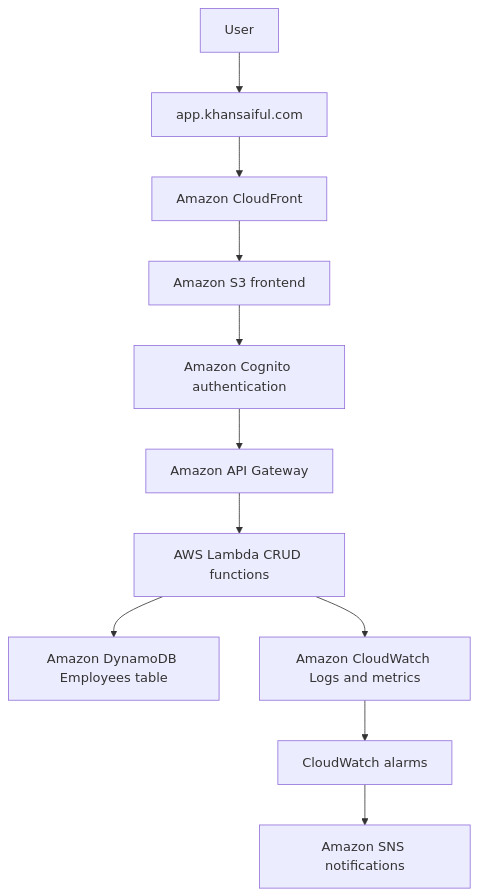
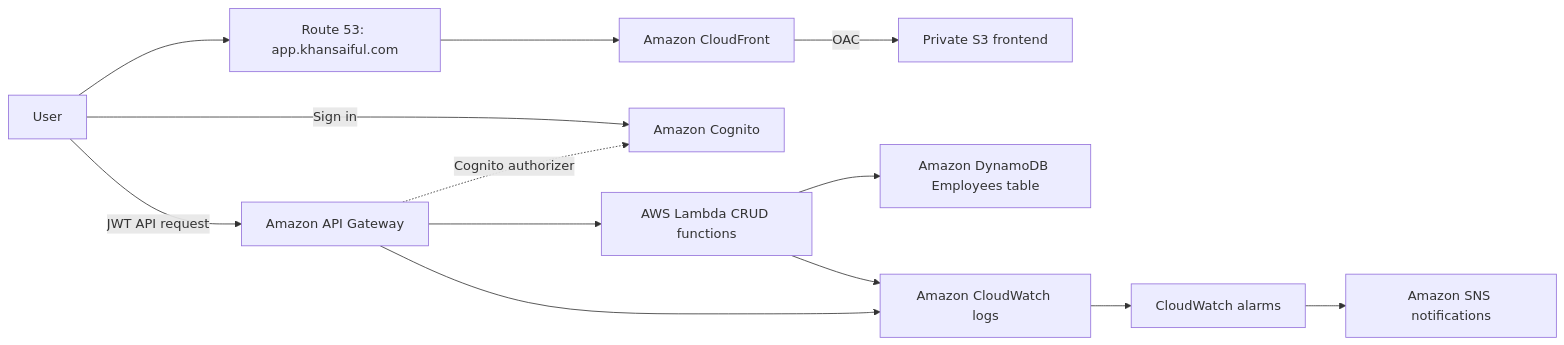
Before and after one commit to Saifulrubkhan/aws_employee_management_project: the diagram in backend/README.md, drawn with Mermaid. The commit also changed other lines of this file and 3 other files, not shown here.

Commit message:
Add AWS architecture diagram

````diff
--- a/backend/README.md
+++ b/backend/README.md
@@ -7,13 +9,15 @@
 ```mermaid
-flowchart TD
-    User[User] --> Domain[app.khansaiful.com]
+flowchart LR
+    User[User] --> Domain[Route 53: app.khansaiful.com]
     Domain --> CloudFront[Amazon CloudFront]
-    CloudFront --> S3[Amazon S3 frontend]
-    S3 --> Cognito[Amazon Cognito authentication]
-    Cognito --> APIGateway[Amazon API Gateway]
+    CloudFront -->|OAC| S3[Private S3 frontend]
+    User -->|Sign in| Cognito[Amazon Cognito]
+    User -->|JWT API request| APIGateway[Amazon API Gateway]
+    APIGateway -. Cognito authorizer .-> Cognito
     APIGateway --> Lambda[AWS Lambda CRUD functions]
     Lambda --> DynamoDB[Amazon DynamoDB Employees table]
-    Lambda --> CloudWatch[Amazon CloudWatch Logs and metrics]
+    Lambda --> CloudWatch[Amazon CloudWatch logs]
+    APIGateway --> CloudWatch
     CloudWatch --> Alarms[CloudWatch alarms]
     Alarms --> SNS[Amazon SNS notifications]
 ```
````
